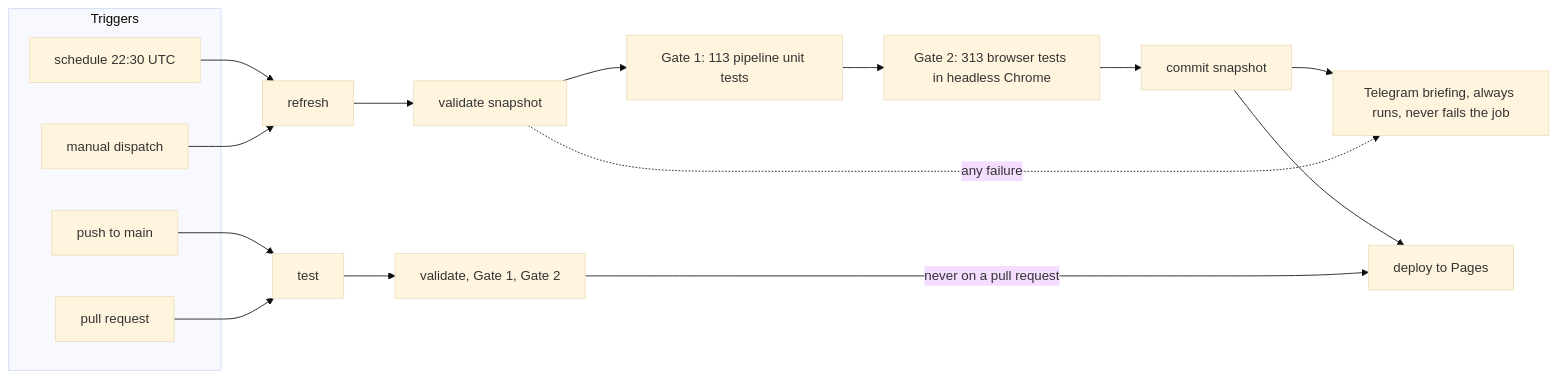
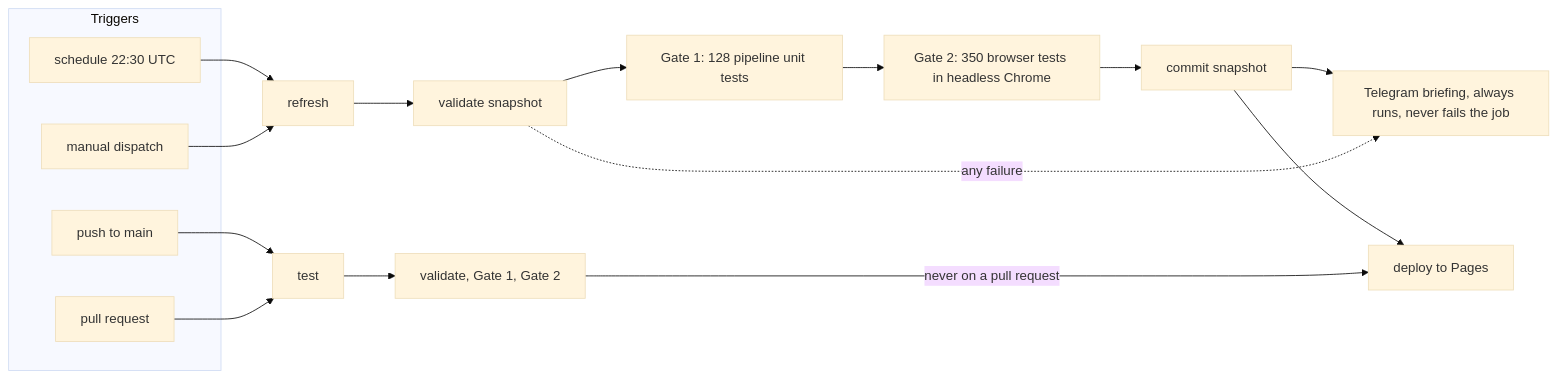
The fourth of 5 diagrams in README.md (myc208/quantlens), drawn with Mermaid (base theme) before and after one commit. The commit also changed other lines of this file and 7 other files, not shown here.

````diff
--- a/README.md
+++ b/README.md
@@ -742,19 +865,19 @@
 ```mermaid
 flowchart LR
   subgraph T["Triggers"]
     S["schedule 22:30 UTC"]
     D["manual dispatch"]
     P["push to main"]
     PR["pull request"]
   end
   S --> REF["refresh"]
   D --> REF
   P --> TEST["test"]
   PR --> TEST
-  REF --> V["validate snapshot"] --> G1["Gate 1: 113 pipeline unit tests"] --> G2["Gate 2: 313 browser tests in headless Chrome"] --> C["commit snapshot"]
+  REF --> V["validate snapshot"] --> G1["Gate 1: 128 pipeline unit tests"] --> G2["Gate 2: 350 browser tests in headless Chrome"] --> C["commit snapshot"]
   C --> TG["Telegram briefing, always runs, never fails the job"]
   V -.->|"any failure"| TG
   TEST --> V2["validate, Gate 1, Gate 2"]
   C --> DEP["deploy to Pages"]
   V2 -->|"never on a pull request"| DEP
 ```
````
